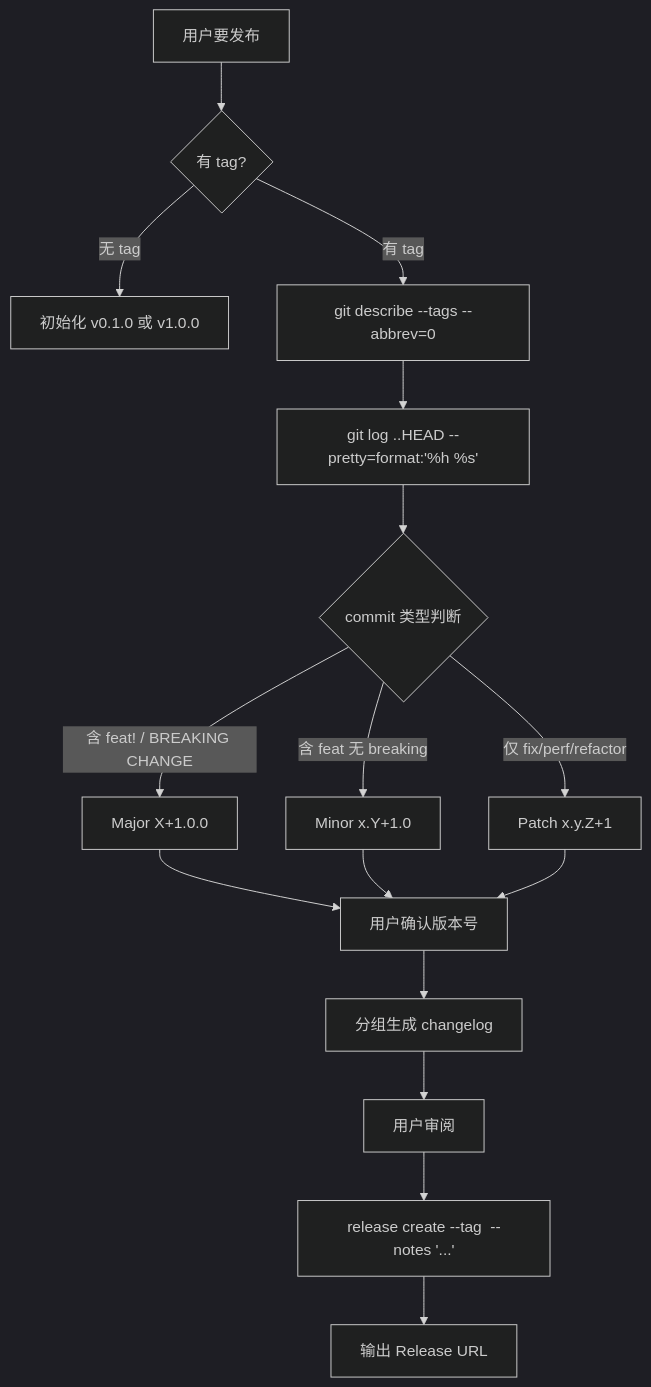
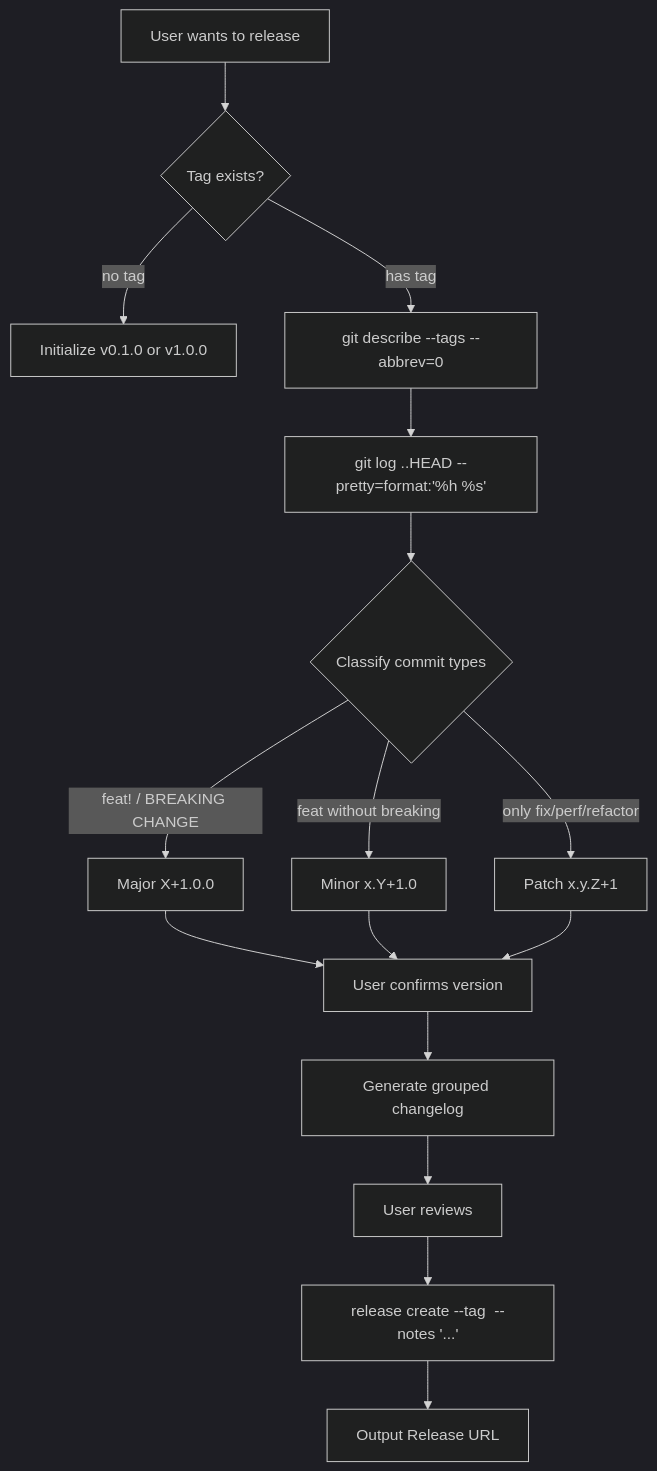
The diagram in skills/gitflow-release-helper/SKILL.md (byx-darwin/gitflow-cli), drawn with Mermaid (dark theme) before and after one commit. The commit also changed other lines of this file and 18 other files, not shown here.

````diff
--- a/skills/gitflow-release-helper/SKILL.md
+++ b/skills/gitflow-release-helper/SKILL.md
@@ -27,18 +27,18 @@
 ```mermaid
 flowchart TD
-  U[用户要发布] --> A{有 tag?}
-  A -->|无 tag| B[初始化 v0.1.0 或 v1.0.0]
-  A -->|有 tag| C[git describe --tags --abbrev=0]
+  U[User wants to release] --> A{Tag exists?}
+  A -->|no tag| B[Initialize v0.1.0 or v1.0.0]
+  A -->|has tag| C[git describe --tags --abbrev=0]
   C --> D[git log <last-tag>..HEAD --pretty=format:'%h %s']
-  D --> E{commit 类型判断}
-  E -->|含 feat! / BREAKING CHANGE| MAJOR[Major X+1.0.0]
-  E -->|含 feat 无 breaking| MINOR[Minor x.Y+1.0]
-  E -->|仅 fix/perf/refactor| PATCH[Patch x.y.Z+1]
-  MAJOR --> CONFIRM[用户确认版本号]
+  D --> E{Classify commit types}
+  E -->|feat! / BREAKING CHANGE| MAJOR[Major X+1.0.0]
+  E -->|feat without breaking| MINOR[Minor x.Y+1.0]
+  E -->|only fix/perf/refactor| PATCH[Patch x.y.Z+1]
+  MAJOR --> CONFIRM[User confirms version]
   MINOR --> CONFIRM
   PATCH --> CONFIRM
-  CONFIRM --> GEN[分组生成 changelog]
-  GEN --> REVIEW[用户审阅]
+  CONFIRM --> GEN[Generate grouped changelog]
+  GEN --> REVIEW[User reviews]
   REVIEW --> CREATE[release create --tag <v> --notes '...']
-  CREATE --> OUT[输出 Release URL]
+  CREATE --> OUT[Output Release URL]
 ```
````
